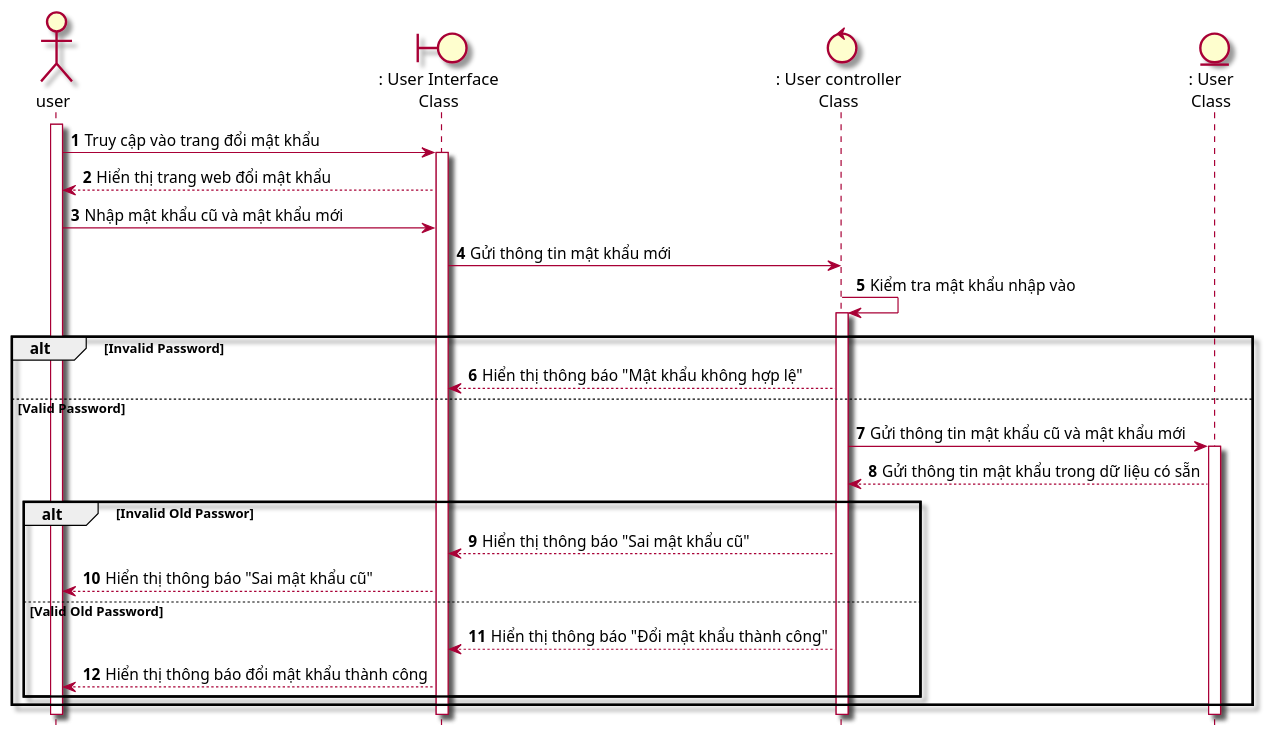
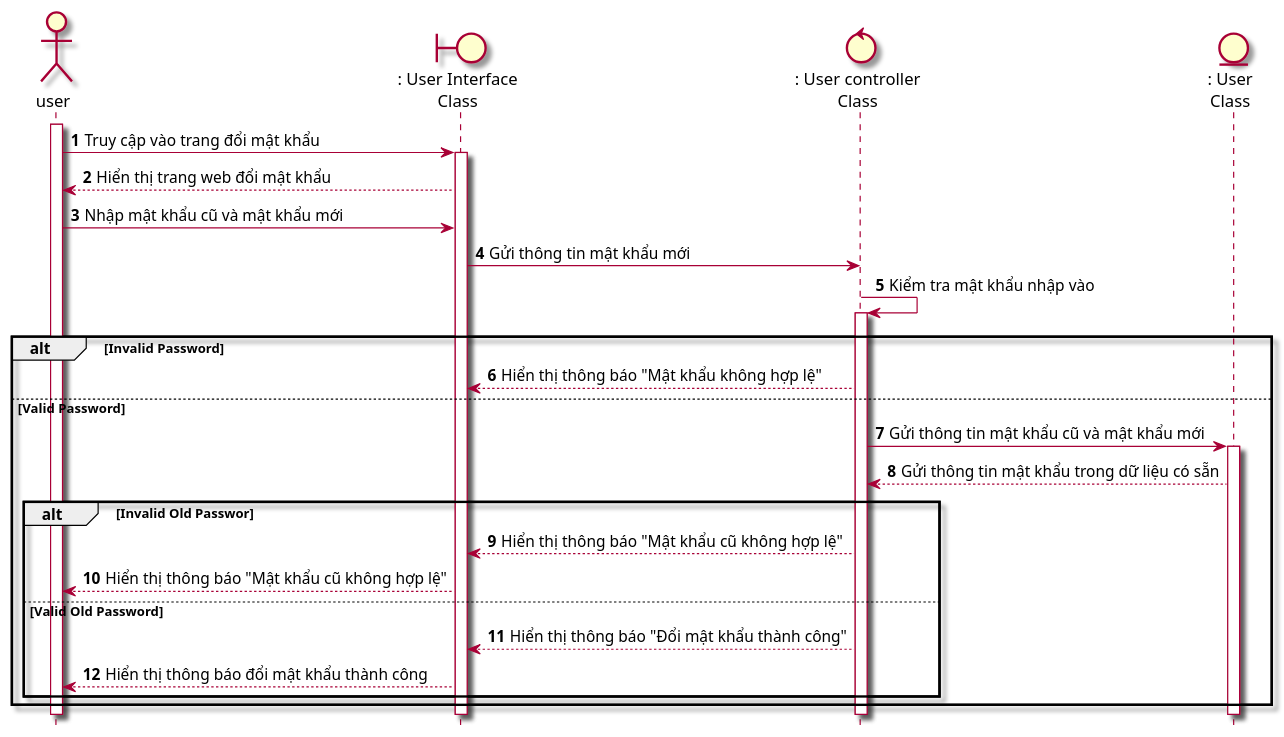
One commit to Griselda4774/EAS-EmploymentAssistanceSystem changed the diagram in Lab1/Lab 1.2 Diagram/Sequence/FilePUML/6.3 SeqDoiMatKhau.puml. Above: the diagram before and after it, drawn with PlantUML. The commit also changed 92 other files, not shown here.

```diff
--- a/Lab1/Lab 1.2 Diagram/Sequence/FilePUML/6.3 SeqDoiMatKhau.puml
+++ b/Lab1/Lab 1.2 Diagram/Sequence/FilePUML/6.3 SeqDoiMatKhau.puml
@@ -1,28 +1,28 @@
 @startuml SeqDoiMatKhau
 skin rose 
 hide footbox
 actor user 
 boundary userInterface as ": User Interface\nClass"
 control userController as ": User controller\nClass"
 entity User as ": User\nClass"
 autonumber
 user++
 user -> userInterface++: Truy cập vào trang đổi mật khẩu
 userInterface--> user: Hiển thị trang web đổi mật khẩu 
 user -> userInterface: Nhập mật khẩu cũ và mật khẩu mới 
 userInterface -> userController: Gửi thông tin mật khẩu mới 
 userController -> userController++: Kiểm tra mật khẩu nhập vào 
 alt Invalid Password
 userController --> userInterface: Hiển thị thông báo "Mật khẩu không hợp lệ"
 else Valid Password
 userController -> User++: Gửi thông tin mật khẩu cũ và mật khẩu mới
 User --> userController: Gửi thông tin mật khẩu trong dữ liệu có sẵn
 alt Invalid Old Passwor
-userController --> userInterface: Hiển thị thông báo "Sai mật khẩu cũ"
-userInterface --> user: Hiển thị thông báo "Sai mật khẩu cũ"
+userController --> userInterface: Hiển thị thông báo "Mật khẩu cũ không hợp lệ"
+userInterface --> user: Hiển thị thông báo "Mật khẩu cũ không hợp lệ"
 else Valid Old Password
 userController --> userInterface: Hiển thị thông báo "Đổi mật khẩu thành công"
 userInterface --> user: Hiển thị thông báo đổi mật khẩu thành công
 end
 end
 @enduml
```
